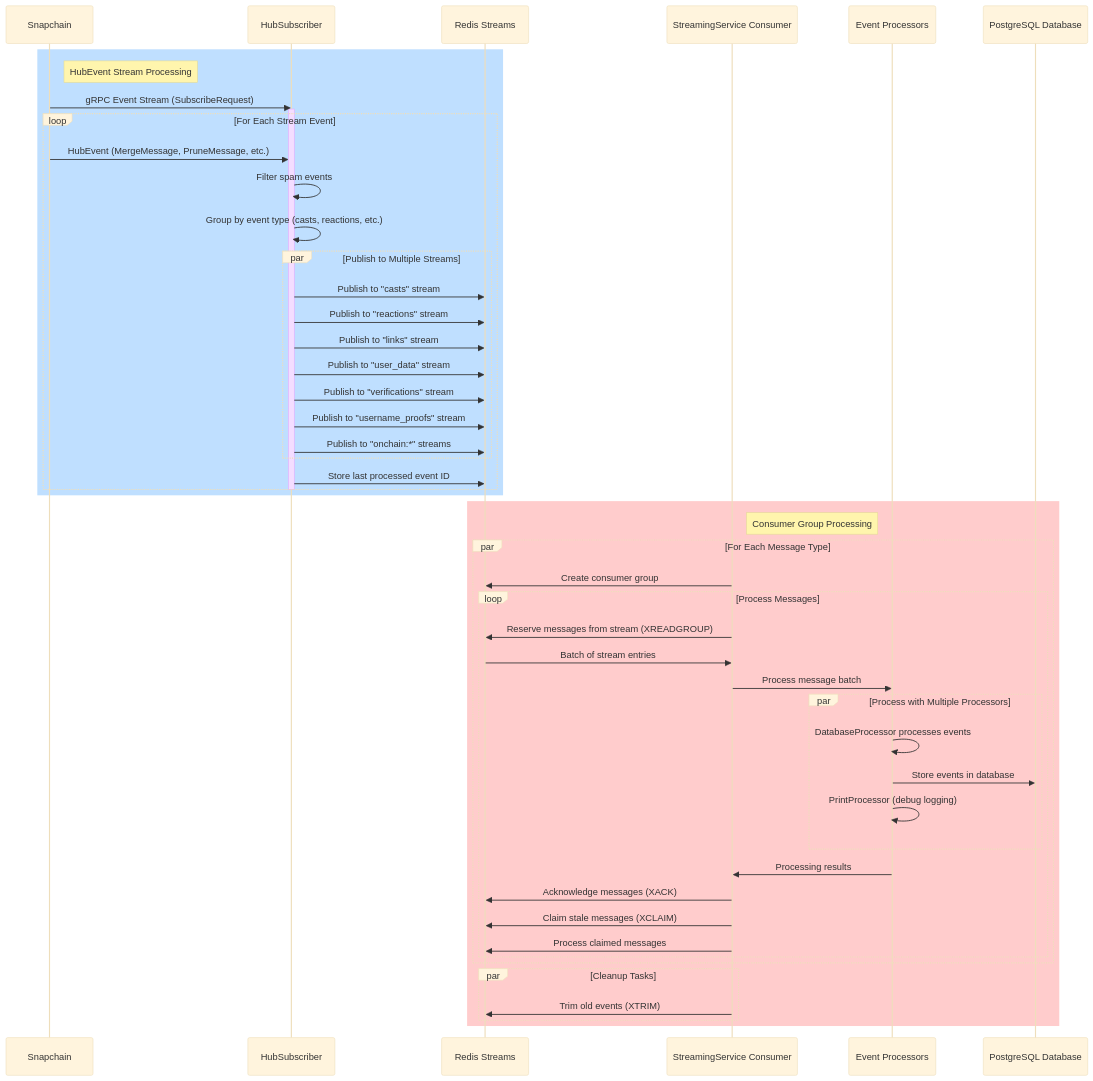
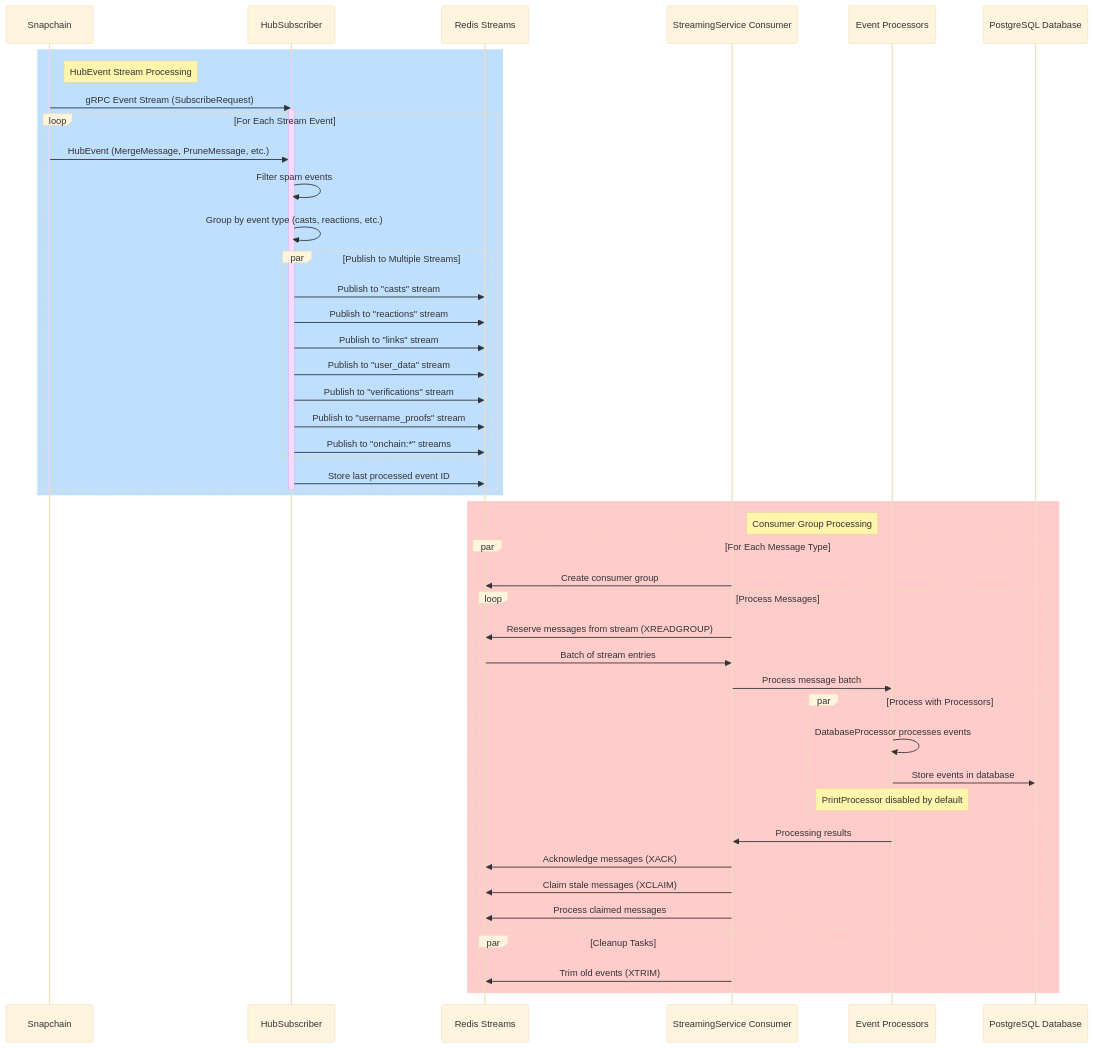
The diagram in README.md (officialunofficial/waypoint), drawn with Mermaid before and after one commit. The commit also changed other lines of this file and 20 other files, not shown here.

````diff
--- a/README.md
+++ b/README.md
@@ -161,67 +163,67 @@
 ```mermaid
 %%{init: {'theme': 'base', 'themeVariables': { 'background': '#f5f5f5' }}}%%
 sequenceDiagram
     participant Hub as Snapchain
     participant Subscriber as HubSubscriber
     participant Redis as Redis Streams
     participant Consumer as StreamingService Consumer
     participant Processor as Event Processors
     participant DB as PostgreSQL Database
 
     rect rgb(191, 223, 255)
     note right of Hub: HubEvent Stream Processing
     
     Hub->>Subscriber: gRPC Event Stream (SubscribeRequest)
     activate Subscriber
     
     loop For Each Stream Event
         Hub->>Subscriber: HubEvent (MergeMessage, PruneMessage, etc.)
         Subscriber->>Subscriber: Filter spam events
         Subscriber->>Subscriber: Group by event type (casts, reactions, etc.)
         
         par Publish to Multiple Streams
             Subscriber->>Redis: Publish to "casts" stream
             Subscriber->>Redis: Publish to "reactions" stream
             Subscriber->>Redis: Publish to "links" stream
             Subscriber->>Redis: Publish to "user_data" stream
             Subscriber->>Redis: Publish to "verifications" stream
             Subscriber->>Redis: Publish to "username_proofs" stream
             Subscriber->>Redis: Publish to "onchain:*" streams
         end
         
         Subscriber->>Redis: Store last processed event ID
     end
     deactivate Subscriber
     end
 
     rect rgb(255, 204, 204)
     note right of Consumer: Consumer Group Processing
     
     par For Each Message Type
         Consumer->>Redis: Create consumer group
         
         loop Process Messages
             Consumer->>Redis: Reserve messages from stream (XREADGROUP)
             Redis->>Consumer: Batch of stream entries
             
             Consumer->>Processor: Process message batch
             
-            par Process with Multiple Processors
+            par Process with Processors
                 Processor->>Processor: DatabaseProcessor processes events
                 Processor->>DB: Store events in database
-                Processor->>Processor: PrintProcessor (debug logging)
+                Note over Processor: PrintProcessor disabled by default
             end
             
             Processor->>Consumer: Processing results
             Consumer->>Redis: Acknowledge messages (XACK)
             
             Consumer->>Redis: Claim stale messages (XCLAIM)
             Consumer->>Redis: Process claimed messages
         end
     end
     
     par Cleanup Tasks
         Consumer->>Redis: Trim old events (XTRIM)
     end
     end
 ```
````
